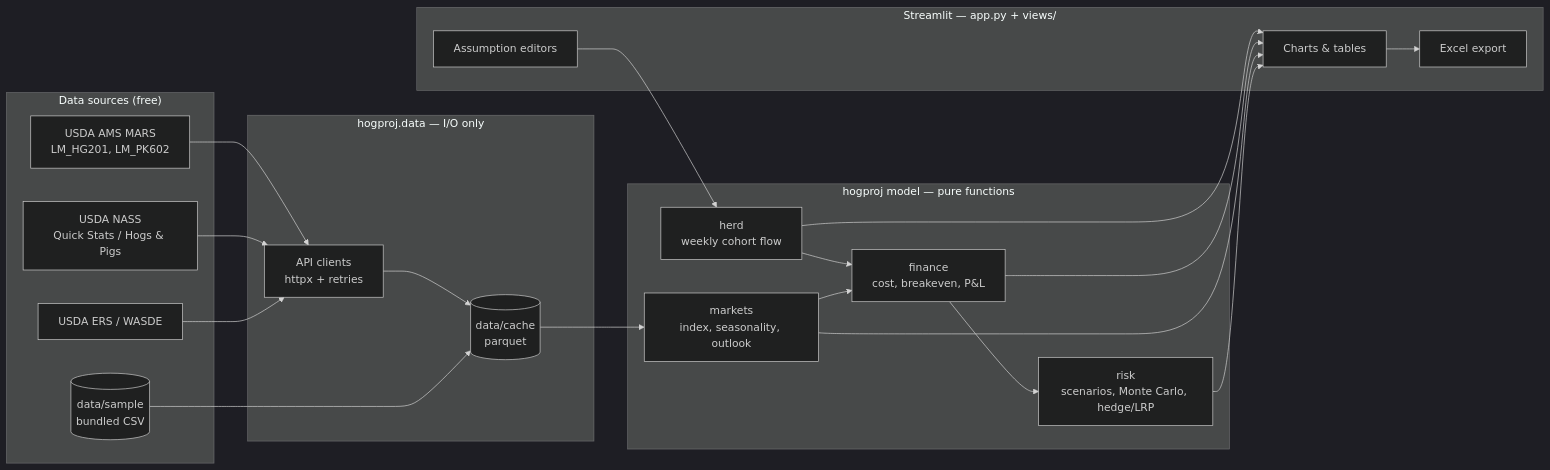
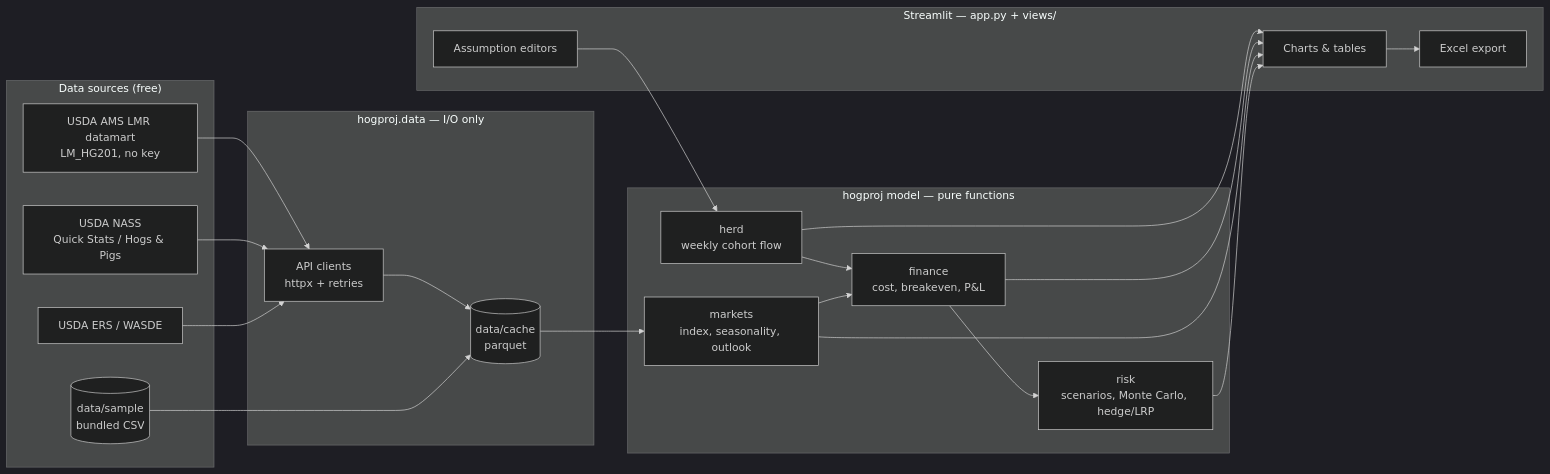
The diagram in docs/ARCHITECTURE.md (CalebSmit/HogProjections-), drawn with Mermaid (dark theme) before and after one commit. The commit also changed other lines of this file and 15 other files, not shown here.

First line of the commit message:
feat: live Lean Hog Index from USDA (no API key) + Market prices page

````diff
--- a/docs/ARCHITECTURE.md
+++ b/docs/ARCHITECTURE.md
@@ -11,30 +11,30 @@
 ```mermaid
 flowchart LR
     subgraph Sources["Data sources (free)"]
-        AMS[USDA AMS MARS<br/>LM_HG201, LM_PK602]
+        AMS[USDA AMS LMR datamart<br/>LM_HG201, no key]
         NASS[USDA NASS<br/>Quick Stats / Hogs & Pigs]
         ERS[USDA ERS / WASDE]
         SAMPLE[(data/sample<br/>bundled CSV)]
     end
     subgraph Data["hogproj.data — I/O only"]
         CLIENTS[API clients<br/>httpx + retries]
         CACHE[(data/cache<br/>parquet)]
     end
     subgraph Model["hogproj model — pure functions"]
         HERD[herd<br/>weekly cohort flow]
         FIN[finance<br/>cost, breakeven, P&L]
         MKT[markets<br/>index, seasonality, outlook]
         RISK[risk<br/>scenarios, Monte Carlo, hedge/LRP]
     end
     subgraph UI["Streamlit — app.py + views/"]
         INPUTS[Assumption editors]
         VIEWS[Charts & tables]
         EXPORT[Excel export]
     end
     AMS & NASS & ERS --> CLIENTS --> CACHE
     SAMPLE --> CACHE
     CACHE --> MKT
     INPUTS --> HERD --> FIN
     MKT --> FIN --> RISK
     HERD & FIN & MKT & RISK --> VIEWS --> EXPORT
 ```
````
